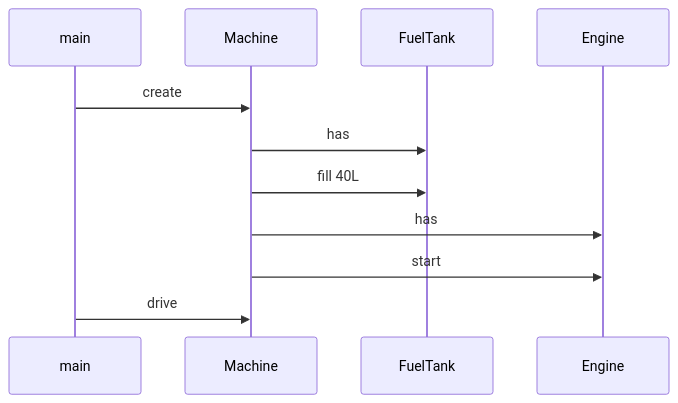
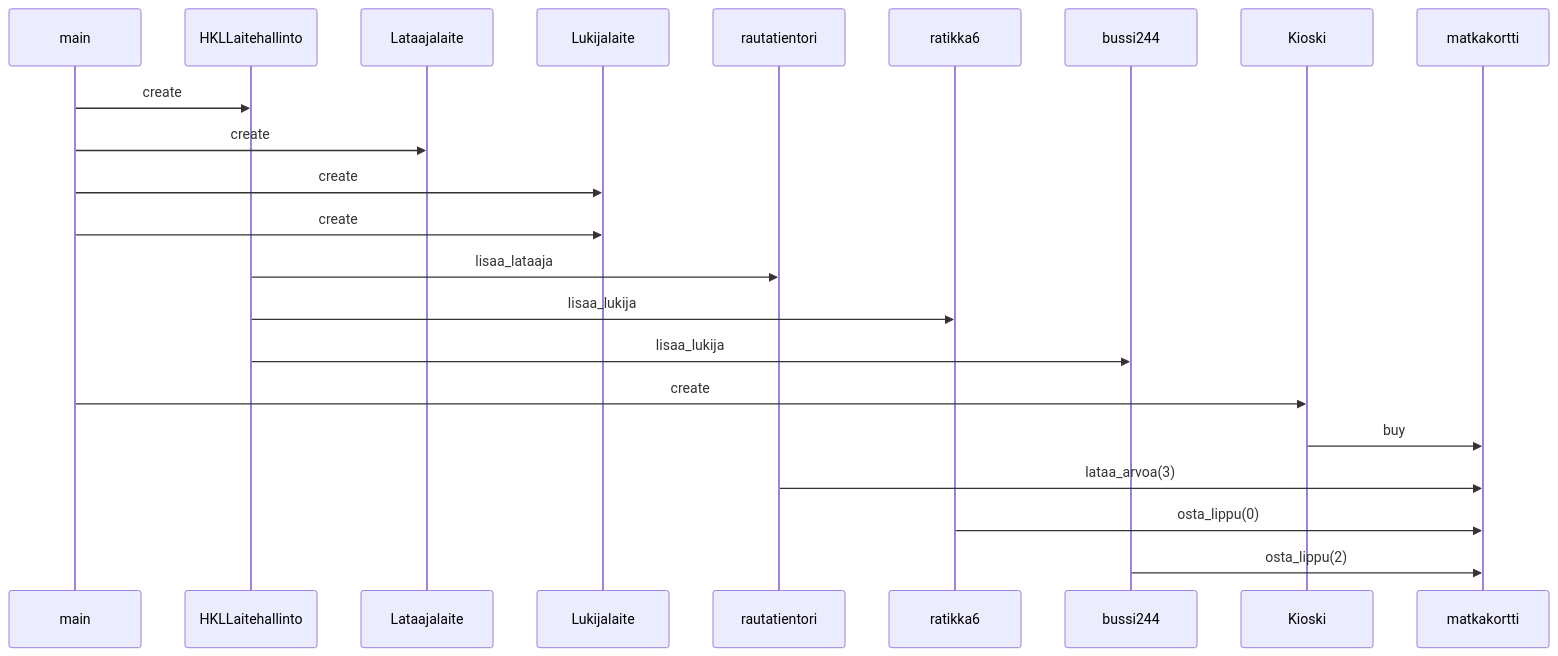
Before and after one commit to platipus82/ot-harjoitustyo: the diagram in laskarit/viikko3/laaja_sekvenssikaavio.MD, drawn with Mermaid.

````diff
--- a/laskarit/viikko3/laaja_sekvenssikaavio.MD
+++ b/laskarit/viikko3/laaja_sekvenssikaavio.MD
@@ -1,9 +1,17 @@
 ```mermaid
 sequenceDiagram
-    main->>Machine: create
-    Machine->>FuelTank: has
-    Machine->>FuelTank: fill 40L
-    Machine->>Engine: has   
-    Machine->>Engine: start
-    main->>Machine: drive
+    main->>HKLLaitehallinto: create
+    main->>Lataajalaite: create
+    main->>Lukijalaite: create
+    main->>Lukijalaite: create
+    HKLLaitehallinto->>rautatientori: lisaa_lataaja
+    HKLLaitehallinto->>ratikka6: lisaa_lukija
+    HKLLaitehallinto->>bussi244: lisaa_lukija
+    main->>Kioski: create
+    Kioski->>matkakortti: buy
+    rautatientori->>matkakortti: lataa_arvoa(3)
+    ratikka6->>matkakortti: osta_lippu(0)
+    bussi244->>matkakortti: osta_lippu(2)
+    
+
 ```
````
